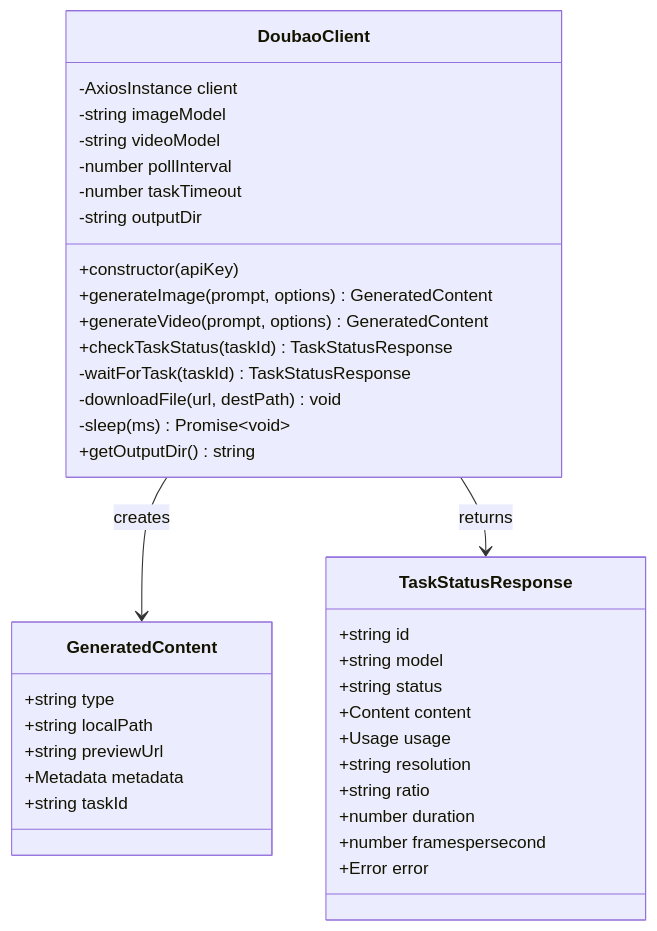
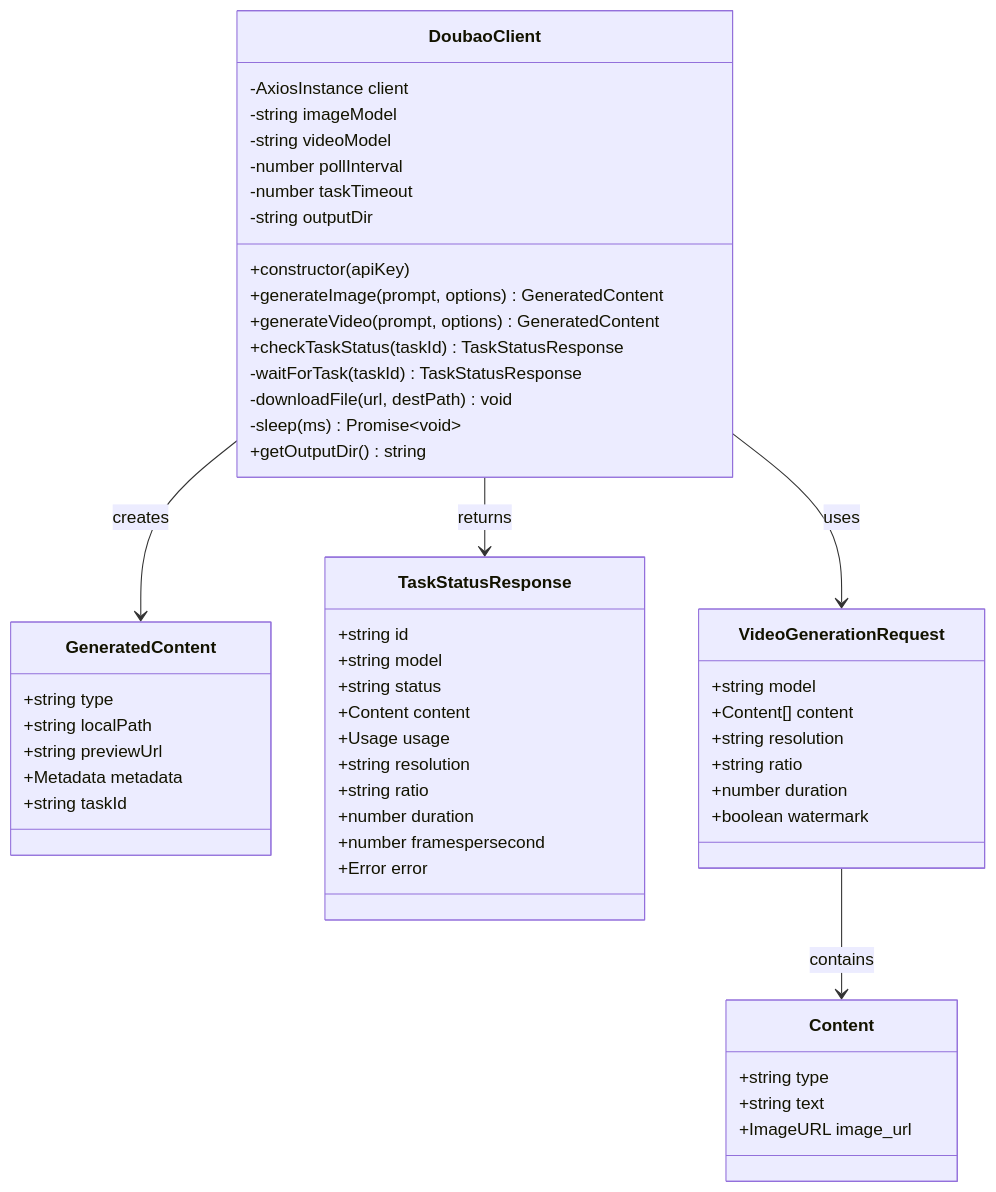
Before and after one commit to songdiyang/clawOperations: the third of 8 diagrams in .qoder/repowiki/zh/content/Doubao Client Api.md, drawn with Mermaid. The commit also changed other lines of this file and 7 other files, not shown here.

````diff
--- a/.qoder/repowiki/zh/content/Doubao Client Api.md
+++ b/.qoder/repowiki/zh/content/Doubao Client Api.md
@@ -171,40 +195,55 @@
 ```mermaid
 classDiagram
 class DoubaoClient {
 -AxiosInstance client
 -string imageModel
 -string videoModel
 -number pollInterval
 -number taskTimeout
 -string outputDir
 +constructor(apiKey)
 +generateImage(prompt, options) GeneratedContent
 +generateVideo(prompt, options) GeneratedContent
 +checkTaskStatus(taskId) TaskStatusResponse
 -waitForTask(taskId) TaskStatusResponse
 -downloadFile(url, destPath) void
 -sleep(ms) Promise~void~
 +getOutputDir() string
 }
 class GeneratedContent {
 +string type
 +string localPath
 +string previewUrl
 +Metadata metadata
 +string taskId
 }
 class TaskStatusResponse {
 +string id
 +string model
 +string status
 +Content content
 +Usage usage
 +string resolution
 +string ratio
 +number duration
 +number framespersecond
 +Error error
 }
+class VideoGenerationRequest {
++string model
++Content[] content
++string resolution
++string ratio
++number duration
++boolean watermark
+}
+class Content {
++string type
++string text
++ImageURL image_url
+}
 DoubaoClient --> GeneratedContent : creates
 DoubaoClient --> TaskStatusResponse : returns
+DoubaoClient --> VideoGenerationRequest : uses
+VideoGenerationRequest --> Content : contains
 ```
````
